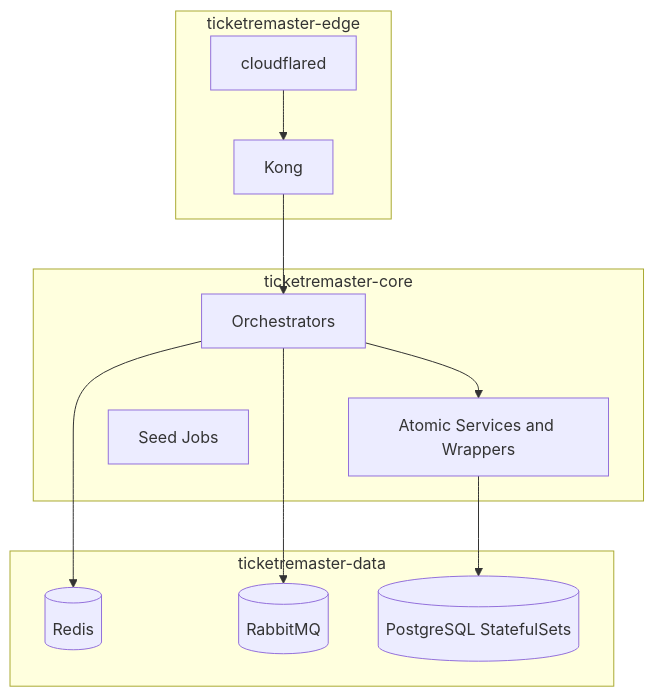
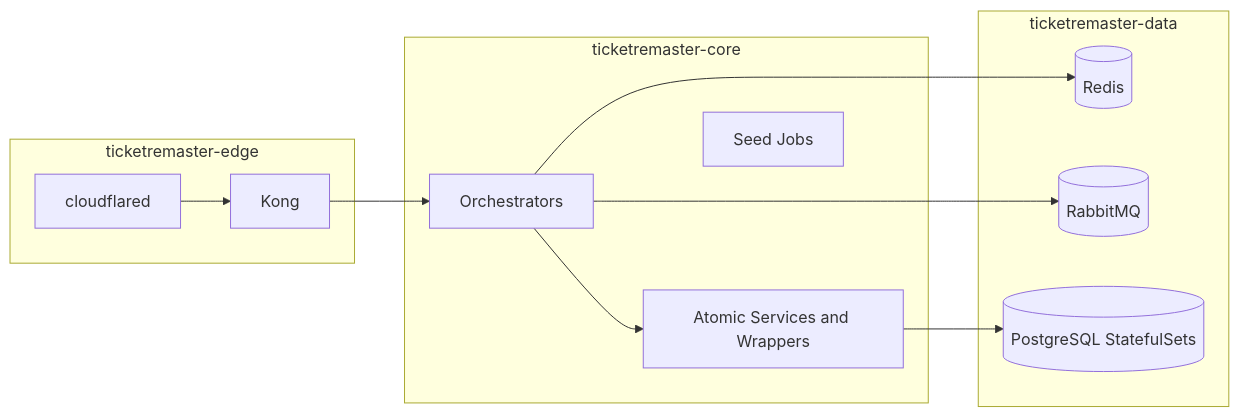
The second of 2 diagrams in README.md (bryanseah234/ticketremaster-b), drawn with Mermaid before and after one commit. The commit also changed other lines of this file and 12 other files, not shown here.

Commit message:
docs: refresh markdown diagrams and quick starts

````diff
--- a/README.md
+++ b/README.md
@@ -194,26 +212,26 @@
 ```mermaid
-flowchart TB
+flowchart LR
     subgraph Edge[ticketremaster-edge]
         Tunnel2[cloudflared]
         Kong2[Kong]
     end
 
     subgraph Core[ticketremaster-core]
         Orch[Orchestrators]
         Atomic[Atomic Services and Wrappers]
         Jobs[Seed Jobs]
     end
 
     subgraph Data[ticketremaster-data]
         Redis2[(Redis)]
         Rabbit2[(RabbitMQ)]
         PG[(PostgreSQL StatefulSets)]
     end
 
     Tunnel2 --> Kong2
     Kong2 --> Orch
     Orch --> Atomic
     Orch --> Redis2
     Orch --> Rabbit2
     Atomic --> PG
 ```
````
